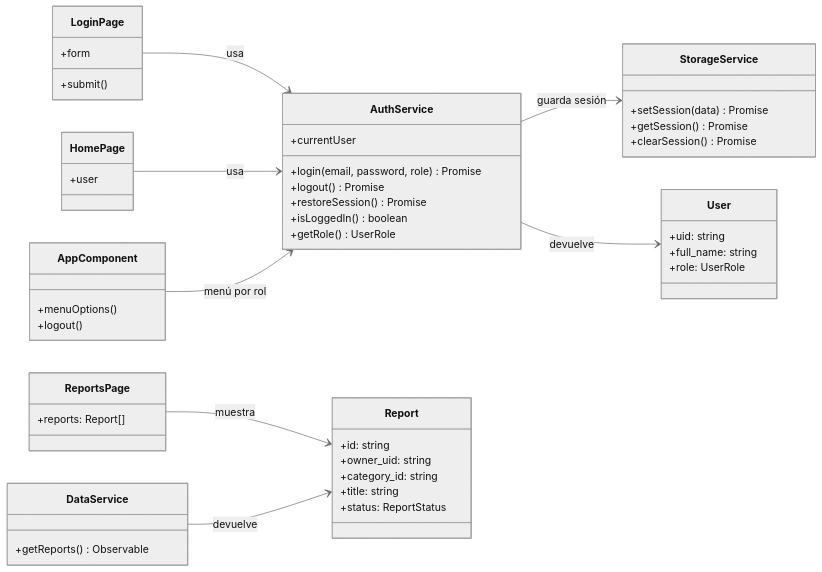
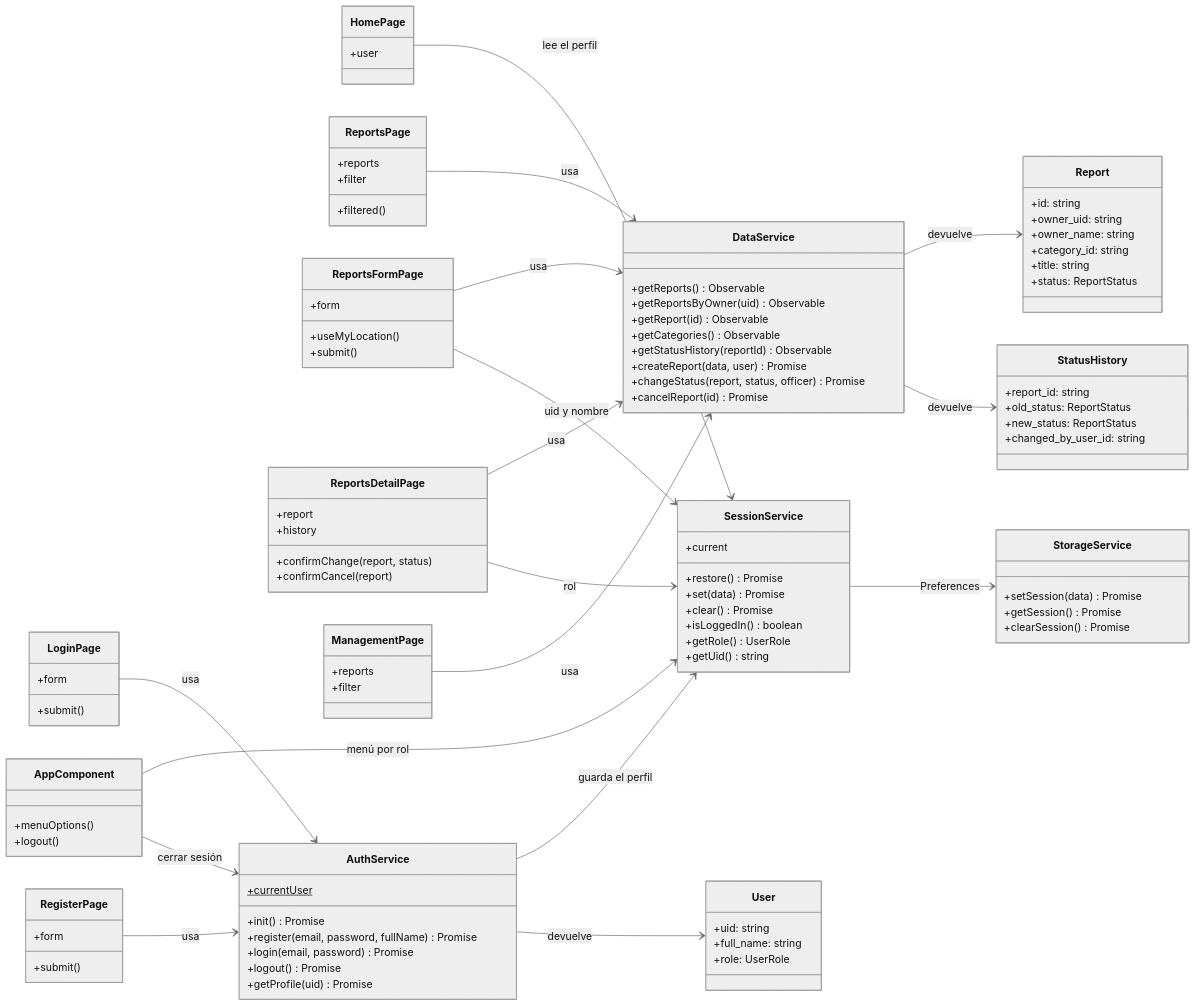
The first of 7 diagrams in docs/diagramas-app.md (Tucostefav/ciudad-activa), drawn with Mermaid (neutral theme) before and after one commit. The commit also changed other lines of this file and 23 other files, not shown here.

Commit message:
feat: CRUD de reportes en tiempo real y reglas por rol

````diff
--- a/docs/diagramas-app.md
+++ b/docs/diagramas-app.md
@@ -11,23 +11,53 @@
     +form
     +submit()
   }
+  class RegisterPage {
+    +form
+    +submit()
+  }
   class HomePage {
     +user
   }
   class ReportsPage {
-    +reports: Report[]
+    +reports
+    +filter
+    +filtered()
+  }
+  class ReportsFormPage {
+    +form
+    +useMyLocation()
+    +submit()
+  }
+  class ReportsDetailPage {
+    +report
+    +history
+    +confirmChange(report, status)
+    +confirmCancel(report)
+  }
+  class ManagementPage {
+    +reports
+    +filter
   }
   class AppComponent {
     +menuOptions()
     +logout()
   }
   class AuthService {
-    +currentUser
-    +login(email, password, role) Promise
+    +currentUser$
+    +init() Promise
+    +register(email, password, fullName) Promise
+    +login(email, password) Promise
     +logout() Promise
-    +restoreSession() Promise
+    +getProfile(uid) Promise
+  }
+  class SessionService {
+    +current
+    +restore() Promise
+    +set(data) Promise
+    +clear() Promise
     +isLoggedIn() boolean
     +getRole() UserRole
+    +getUid() string
   }
   class StorageService {
     +setSession(data) Promise
@@ -36,13 +66,27 @@
   }
   class DataService {
     +getReports() Observable
+    +getReportsByOwner(uid) Observable
+    +getReport(id) Observable
+    +getCategories() Observable
+    +getStatusHistory(reportId) Observable
+    +createReport(data, user) Promise
+    +changeStatus(report, status, officer) Promise
+    +cancelReport(id) Promise
   }
   class Report {
     +id: string
     +owner_uid: string
+    +owner_name: string
     +category_id: string
     +title: string
     +status: ReportStatus
+  }
+  class StatusHistory {
+    +report_id: string
+    +old_status: ReportStatus
+    +new_status: ReportStatus
+    +changed_by_user_id: string
   }
   class User {
     +uid: string
@@ -50,10 +94,19 @@
     +role: UserRole
   }
   LoginPage --> AuthService : usa
-  HomePage --> AuthService : usa
-  AppComponent --> AuthService : menú por rol
-  ReportsPage --> Report : muestra
-  AuthService --> StorageService : guarda sesión
+  RegisterPage --> AuthService : usa
+  HomePage --> SessionService : lee el perfil
+  AppComponent --> SessionService : menú por rol
+  AppComponent --> AuthService : cerrar sesión
+  ReportsPage --> DataService : usa
+  ReportsFormPage --> DataService : usa
+  ReportsDetailPage --> DataService : usa
+  ManagementPage --> DataService : usa
+  ReportsFormPage --> SessionService : uid y nombre
+  ReportsDetailPage --> SessionService : rol
+  AuthService --> SessionService : guarda el perfil
+  SessionService --> StorageService : Preferences
   AuthService --> User : devuelve
   DataService --> Report : devuelve
+  DataService --> StatusHistory : devuelve
 ```
````
